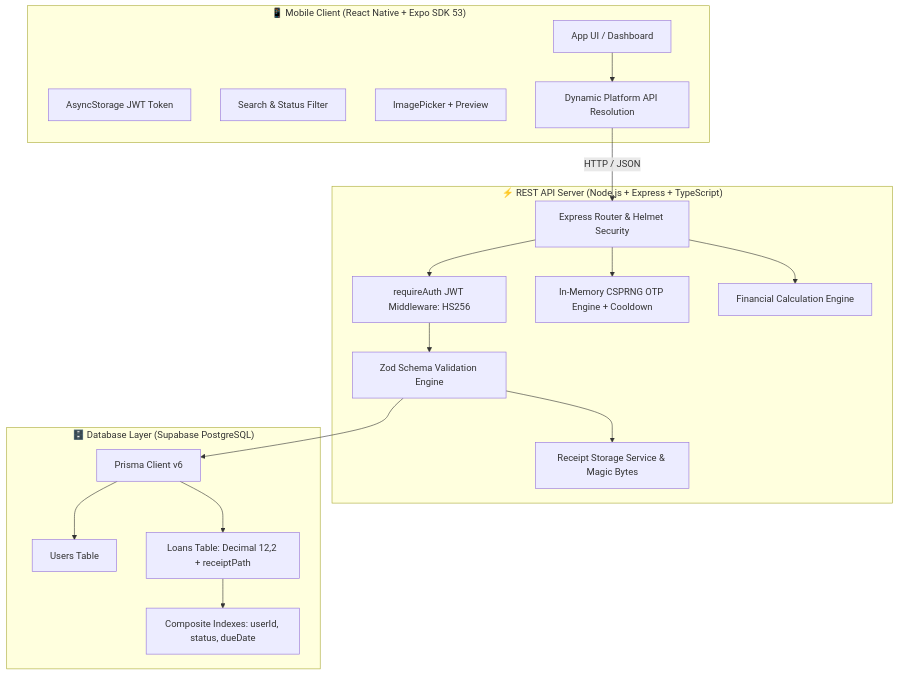
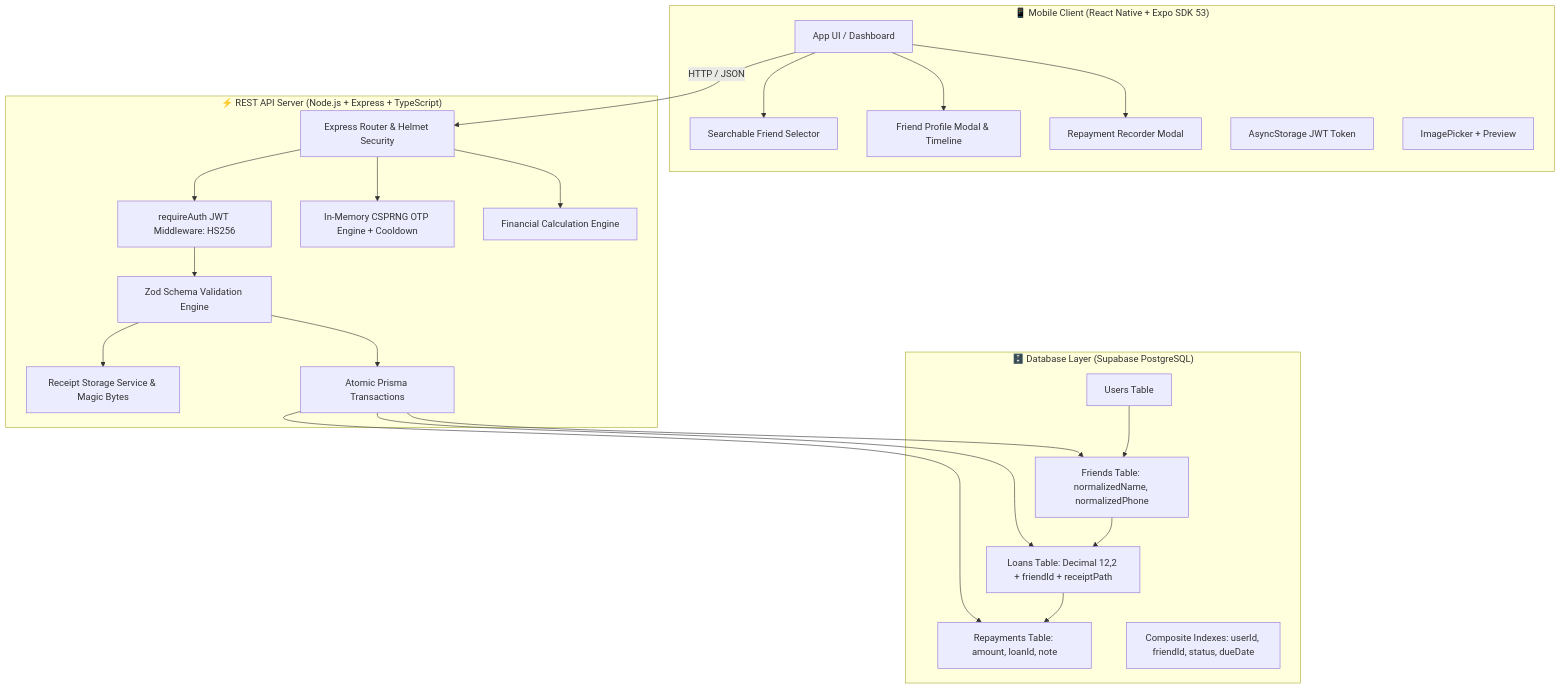
One commit to abhishekpathak17052005/Miniledger changed the first of 2 diagrams in README.md. Above: the diagram before and after it, drawn with Mermaid. The commit also changed other lines of this file and 5 other files, not shown here.

Commit message:
feat(friends): add friend profiles and consolidated lending history

````diff
--- a/README.md
+++ b/README.md
@@ -74,38 +86,46 @@
 ```mermaid
 graph TD
     subgraph Mobile ["📱 Mobile Client (React Native + Expo SDK 53)"]
         UI[App UI / Dashboard]
+        FriendPicker[Searchable Friend Selector]
+        FriendModal[Friend Profile Modal & Timeline]
+        RepayModal[Repayment Recorder Modal]
         AuthStore[AsyncStorage JWT Token]
-        Filter[Search & Status Filter]
         ReceiptPicker[ImagePicker + Preview]
-        PlatformCfg[Dynamic Platform API Resolution]
     end
 
     subgraph API ["⚡ REST API Server (Node.js + Express + TypeScript)"]
         Router[Express Router & Helmet Security]
         AuthMid[requireAuth JWT Middleware: HS256]
         ZodVal[Zod Schema Validation Engine]
         OtpStore[In-Memory CSPRNG OTP Engine + Cooldown]
         StorageSvc[Receipt Storage Service & Magic Bytes]
+        TxEngine[Atomic Prisma Transactions]
         CalcEngine[Financial Calculation Engine]
     end
 
     subgraph Database ["🗄️ Database Layer (Supabase PostgreSQL)"]
-        Prisma[Prisma Client v6]
         UserTable[Users Table]
-        LoanTable[Loans Table: Decimal 12,2 + receiptPath]
-        Indexes[Composite Indexes: userId, status, dueDate]
+        FriendTable[Friends Table: normalizedName, normalizedPhone]
+        LoanTable[Loans Table: Decimal 12,2 + friendId + receiptPath]
+        RepaymentTable[Repayments Table: amount, loanId, note]
+        Indexes[Composite Indexes: userId, friendId, status, dueDate]
     end
 
-    UI --> PlatformCfg
-    PlatformCfg -->|HTTP / JSON| Router
+    UI --> FriendPicker
+    UI --> FriendModal
+    UI --> RepayModal
+    UI -->|HTTP / JSON| Router
     Router --> AuthMid
     AuthMid --> ZodVal
-    ZodVal --> Prisma
+    ZodVal --> TxEngine
+    TxEngine --> FriendTable
+    TxEngine --> LoanTable
+    TxEngine --> RepaymentTable
     ZodVal --> StorageSvc
     Router --> OtpStore
     Router --> CalcEngine
-    Prisma --> UserTable
-    Prisma --> LoanTable
-    LoanTable --> Indexes
+    UserTable --> FriendTable
+    FriendTable --> LoanTable
+    LoanTable --> RepaymentTable
 ```
````
